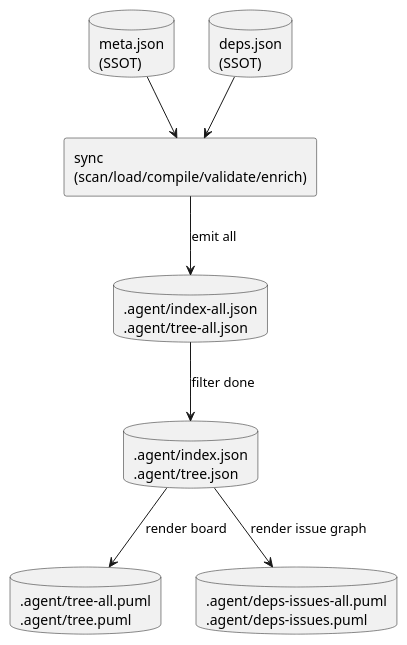
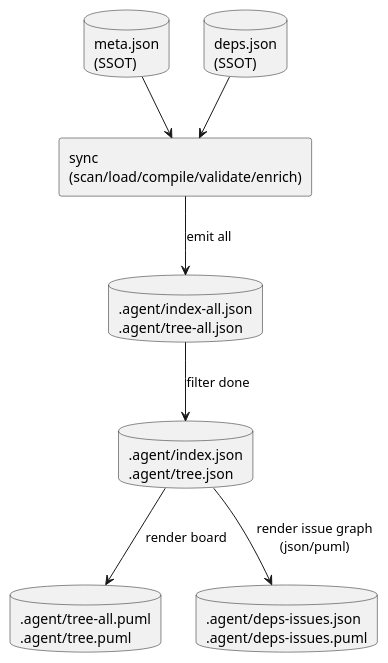
The diagram in spec-deps/current/artifacts/output-artifacts-proposal.md (chemitaro/spec-dock), drawn with PlantUML before and after one commit. The commit also changed other lines of this file, not shown here.

````diff
--- a/spec-deps/current/artifacts/output-artifacts-proposal.md
+++ b/spec-deps/current/artifacts/output-artifacts-proposal.md
@@ -79,20 +92,20 @@
 ```plantuml
 @startuml
 skinparam shadowing false
 
 database "meta.json\n(SSOT)" as Meta
 database "deps.json\n(SSOT)" as Deps
 rectangle "sync\n(scan/load/compile/validate/enrich)" as Sync
 database ".agent/index-all.json\n.agent/tree-all.json" as All
 database ".agent/index.json\n.agent/tree.json" as Todo
 database ".agent/tree-all.puml\n.agent/tree.puml" as TreePuml
-database ".agent/deps-issues-all.puml\n.agent/deps-issues.puml" as DepsPuml
+database ".agent/deps-issues.json\n.agent/deps-issues.puml" as DepsIssues
 
 Meta --> Sync
 Deps --> Sync
 Sync --> All : emit all
 All --> Todo : filter done
 Todo --> TreePuml : render board
-Todo --> DepsPuml : render issue graph
+Todo --> DepsIssues : render issue graph\n(json/puml)
 @enduml
 ```
````
